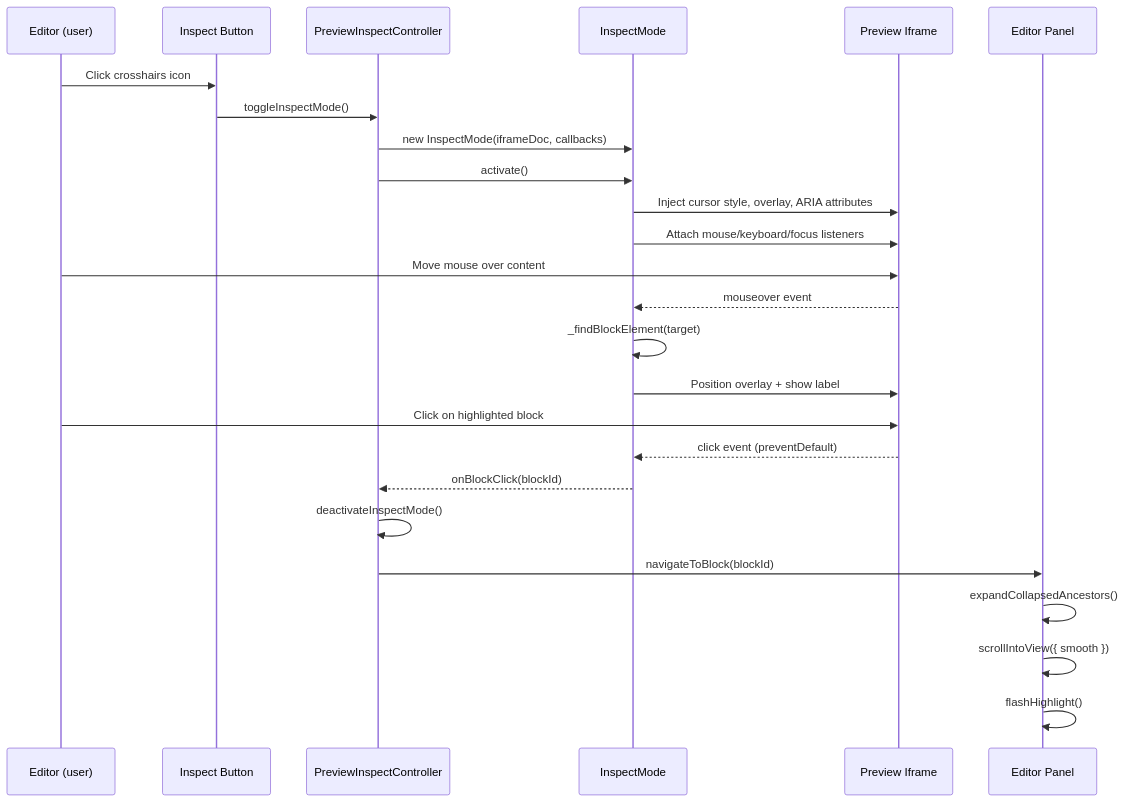
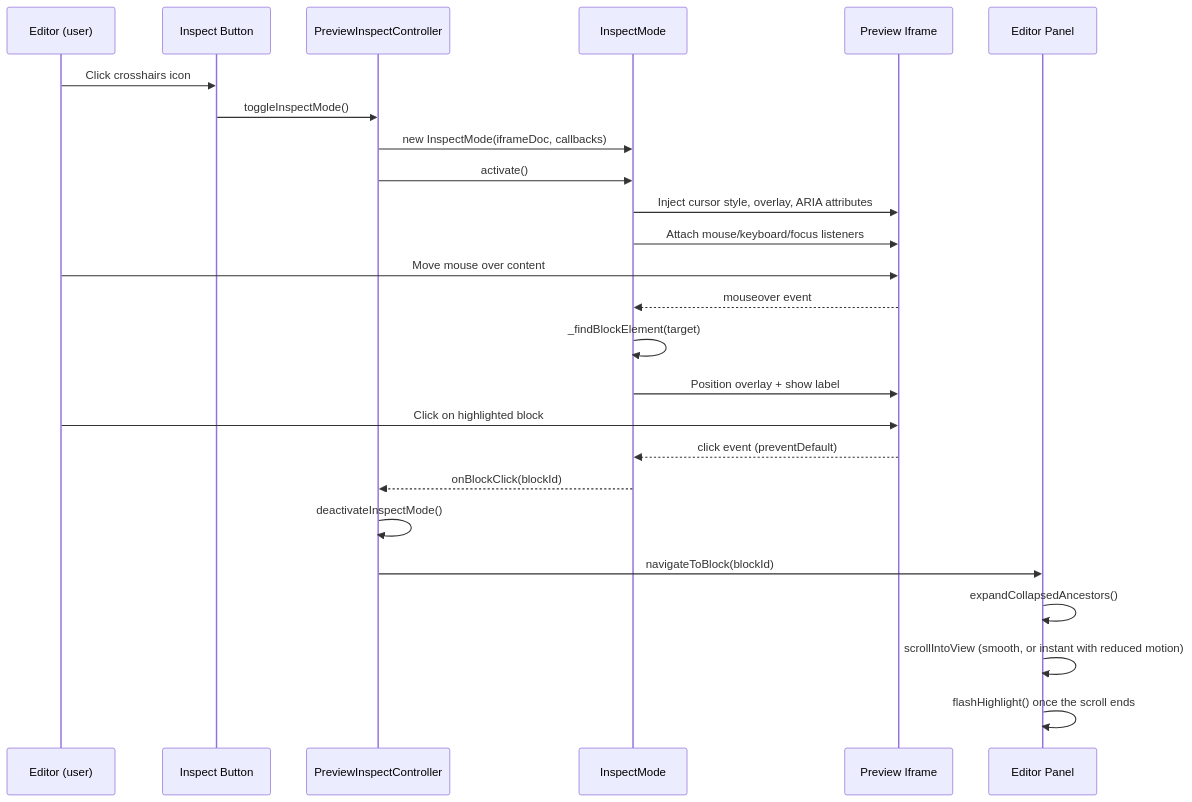
Before and after one commit to lincolnloop/wagtail-inspect: the fifth of 7 diagrams in docs/architecture.md, drawn with Mermaid. The commit also changed 7 other files, not shown here.

First line of the commit message:
Flash the editor section once the scroll lands; honour reduced motion

````diff
--- a/docs/architecture.md
+++ b/docs/architecture.md
@@ -274,30 +274,30 @@
 ```mermaid
 sequenceDiagram
   participant Editor as Editor (user)
   participant Button as Inspect Button
   participant Ctrl as PreviewInspectController
   participant IM as InspectMode
   participant IFrame as Preview Iframe
   participant Admin as Editor Panel
 
   Editor->>Button: Click crosshairs icon
   Button->>Ctrl: toggleInspectMode()
   Ctrl->>IM: new InspectMode(iframeDoc, callbacks)
   Ctrl->>IM: activate()
   IM->>IFrame: Inject cursor style, overlay, ARIA attributes
   IM->>IFrame: Attach mouse/keyboard/focus listeners
 
   Editor->>IFrame: Move mouse over content
   IFrame-->>IM: mouseover event
   IM->>IM: _findBlockElement(target)
   IM->>IFrame: Position overlay + show label
 
   Editor->>IFrame: Click on highlighted block
   IFrame-->>IM: click event (preventDefault)
   IM-->>Ctrl: onBlockClick(blockId)
   Ctrl->>Ctrl: deactivateInspectMode()
   Ctrl->>Admin: navigateToBlock(blockId)
   Admin->>Admin: expandCollapsedAncestors()
-  Admin->>Admin: scrollIntoView({ smooth })
-  Admin->>Admin: flashHighlight()
+  Admin->>Admin: scrollIntoView (smooth, or instant with reduced motion)
+  Admin->>Admin: flashHighlight() once the scroll ends
 ```
````
